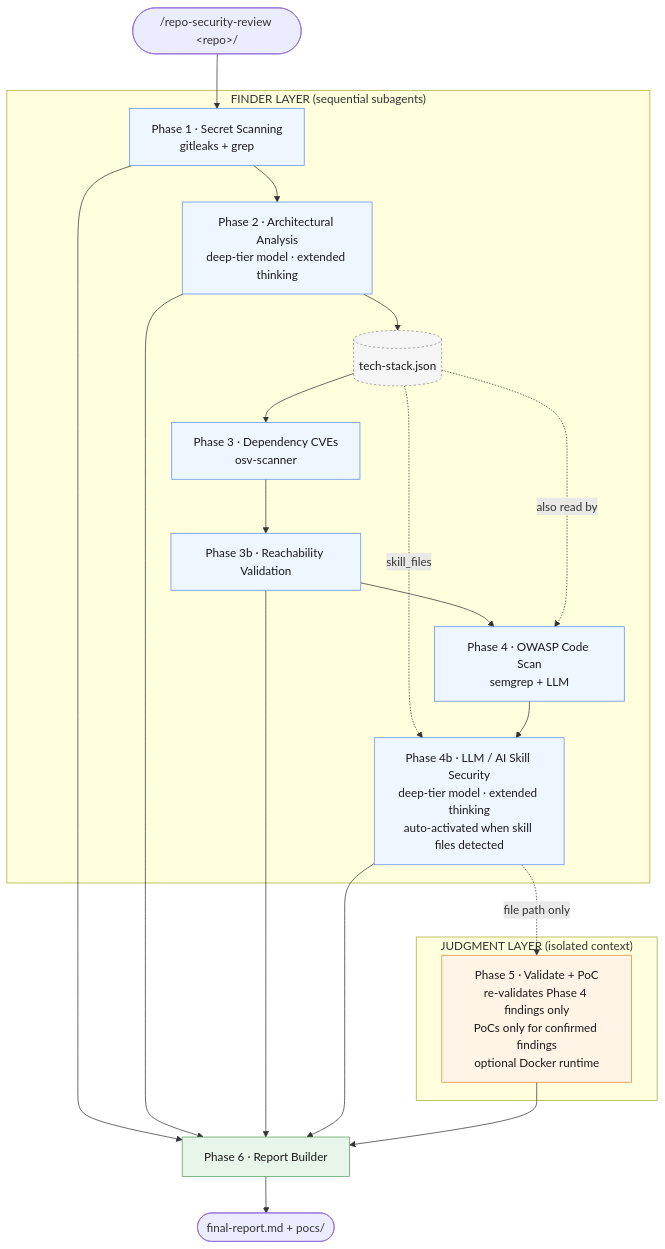
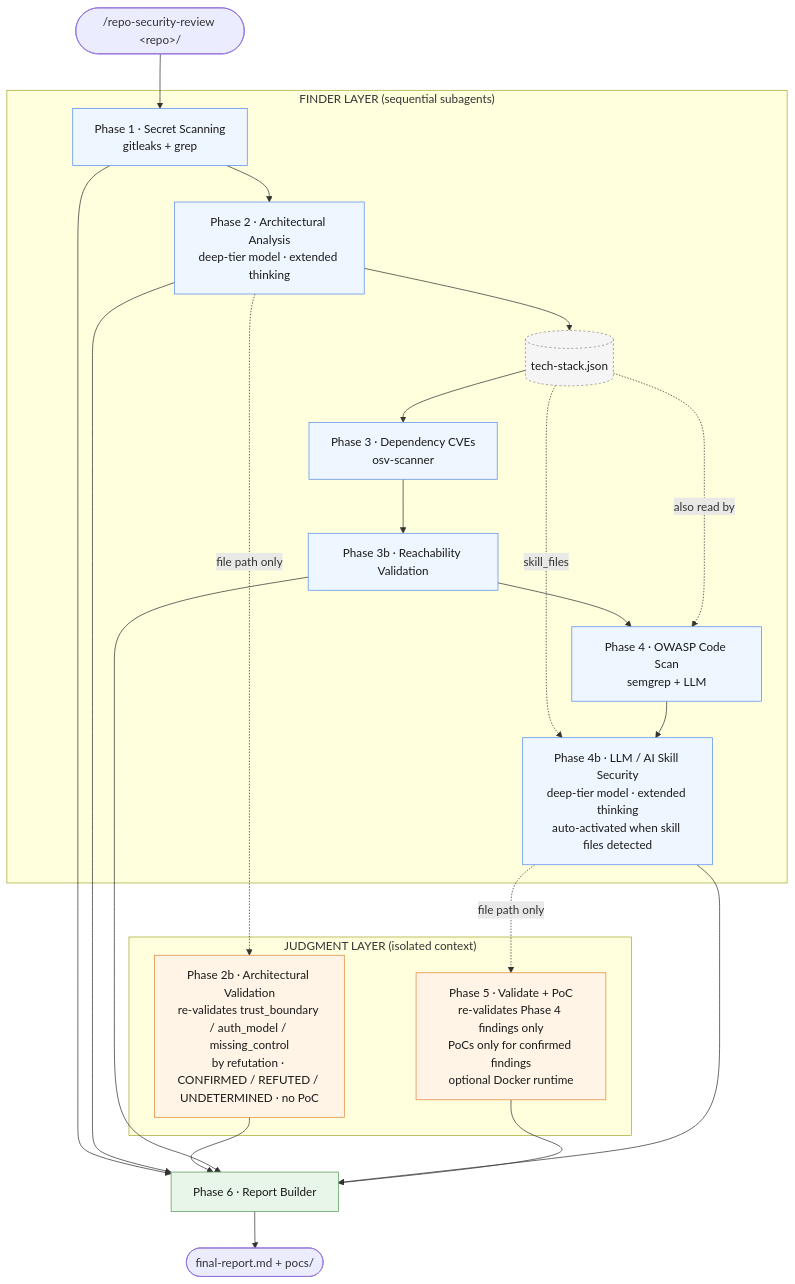
The diagram in README.md (Consensys/repo-security-review), drawn with Mermaid before and after one commit. The commit also changed other lines of this file and 3 other files, not shown here.

Commit message:
Adding validation for phase2

````diff
--- a/README.md
+++ b/README.md
@@ -261,45 +262,48 @@
 ```mermaid
 flowchart TD
     Start([/repo-security-review &lt;repo&gt;/]) --> P1
 
     subgraph FINDER["FINDER LAYER (sequential subagents)"]
         P1[Phase 1 · Secret Scanning<br/>gitleaks + grep]
         P2[Phase 2 · Architectural Analysis<br/>deep-tier model · extended thinking]
         TS[(tech-stack.json)]
         P3[Phase 3 · Dependency CVEs<br/>osv-scanner]
         P3b[Phase 3b · Reachability Validation]
         P4[Phase 4 · OWASP Code Scan<br/>semgrep + LLM]
         P4b[Phase 4b · LLM / AI Skill Security<br/>deep-tier model · extended thinking<br/>auto-activated when skill files detected]
 
         P1 --> P2
         P2 --> TS
         TS --> P3
         P3 --> P3b
         P3b --> P4
         TS -. also read by .-> P4
         TS -. skill_files .-> P4b
         P4 --> P4b
     end
 
     P4b -. file path only .-> P5
+    P2 -. file path only .-> P2b
 
     subgraph JUDGMENT["JUDGMENT LAYER (isolated context)"]
+        P2b[Phase 2b · Architectural Validation<br/>re-validates trust_boundary / auth_model / missing_control<br/>by refutation · CONFIRMED / REFUTED / UNDETERMINED · no PoC]
         P5[Phase 5 · Validate + PoC<br/>re-validates Phase 4 findings only<br/>PoCs only for confirmed findings<br/>optional Docker runtime]
     end
 
     P1 --> R[Phase 6 · Report Builder]
     P2 --> R
+    P2b --> R
     P3b --> R
     P4b --> R
     P5 --> R
     R --> Out([final-report.md + pocs/])
 
     classDef finder fill:#eef6ff,stroke:#5b8def,color:#1a1a1a
     classDef judgment fill:#fff4e6,stroke:#e0883a,color:#1a1a1a
     classDef report fill:#e8f5e9,stroke:#5a9a5a,color:#1a1a1a
     classDef store fill:#f5f5f5,stroke:#888,color:#1a1a1a,stroke-dasharray: 3 3
     class P1,P2,P3,P3b,P4,P4b finder
-    class P5 judgment
+    class P2b,P5 judgment
     class R report
     class TS store
 ```
````
